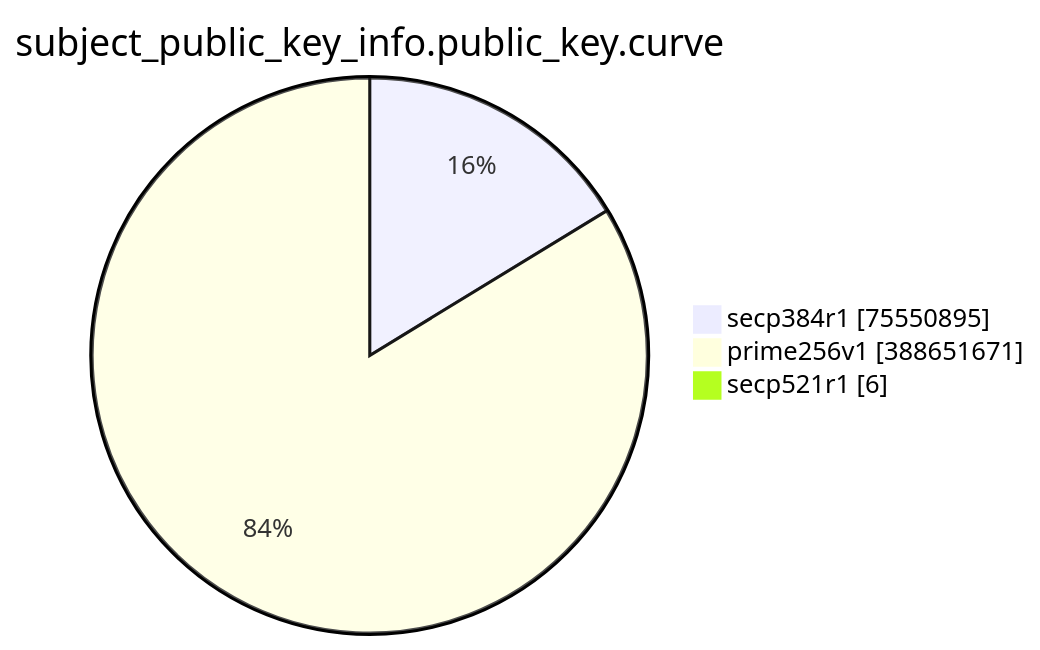
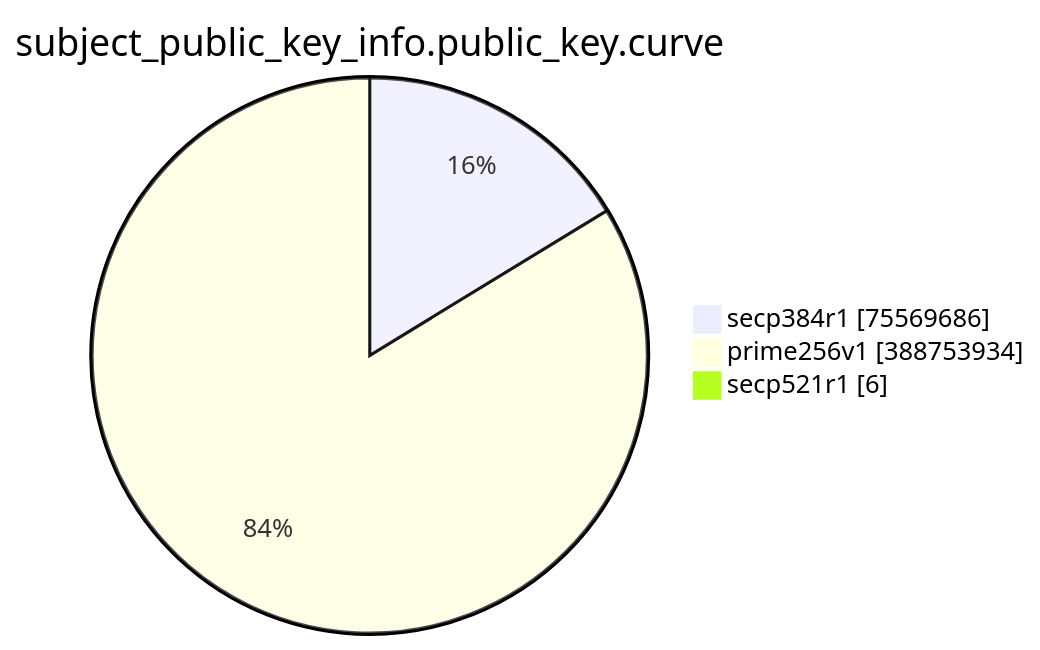
Before and after one commit to christiankrug/ctmonitor_visualization: the eighth of 15 diagrams in TOTAL/README.md, drawn with Mermaid. The commit also changed other lines of this file, not shown here.

````diff
--- a/TOTAL/README.md
+++ b/TOTAL/README.md
@@ -3094,7 +3094,7 @@
 ```mermaid
 pie showData
 title subject_public_key_info.public_key.curve
-"secp384r1" :75550895
-"prime256v1" :388651671
+"secp384r1" :75569686
+"prime256v1" :388753934
 "secp521r1" :6
 ```
````
